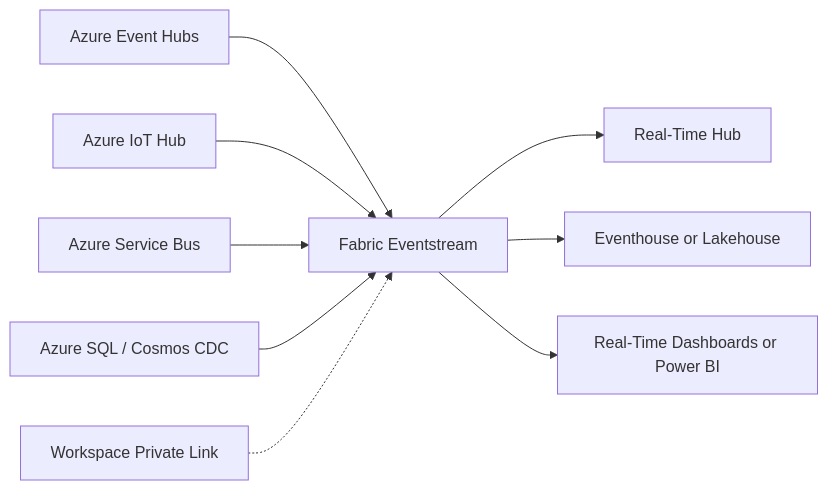
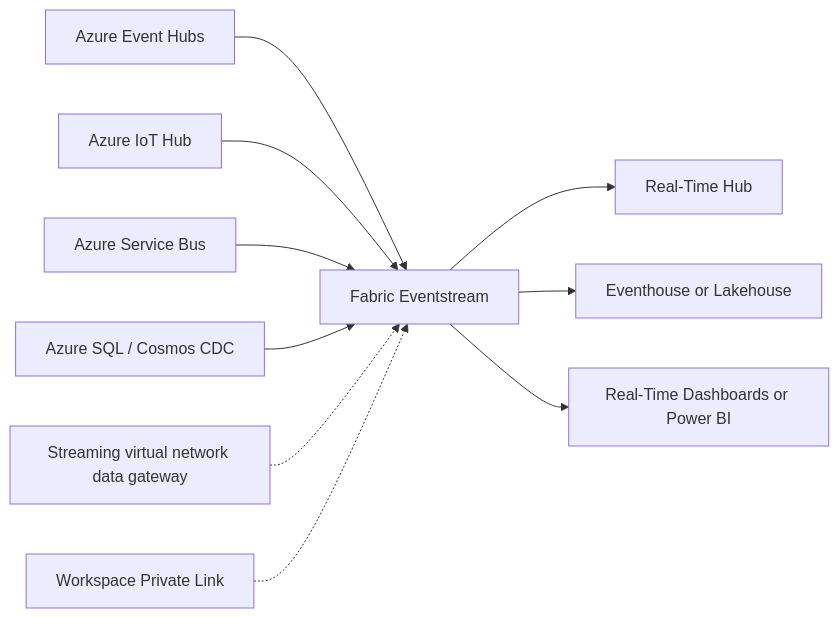
Diagram 11 of 16 in docs/05-azure-connectivity.md (cyphou/Fabric-Gateway), drawn with Mermaid before and after one commit. The commit also changed other lines of this file, not shown here.

Commit message:
Clarify streaming virtual network gateway

````diff
--- a/docs/05-azure-connectivity.md
+++ b/docs/05-azure-connectivity.md
@@ -401,11 +401,12 @@
 ```mermaid
 graph LR
     EH["Azure Event Hubs"] --> ES["Fabric Eventstream"]
     IOT["Azure IoT Hub"] --> ES
     SB["Azure Service Bus"] --> ES
     CDC["Azure SQL / Cosmos CDC"] --> ES
+    SVGW["Streaming virtual network data gateway"] -.-> ES
     ES --> HUB["Real-Time Hub"]
     ES --> EHOUSE["Eventhouse or Lakehouse"]
     ES --> PBI["Real-Time Dashboards or Power BI"]
     PL["Workspace Private Link"] -.-> ES
 ```
````
